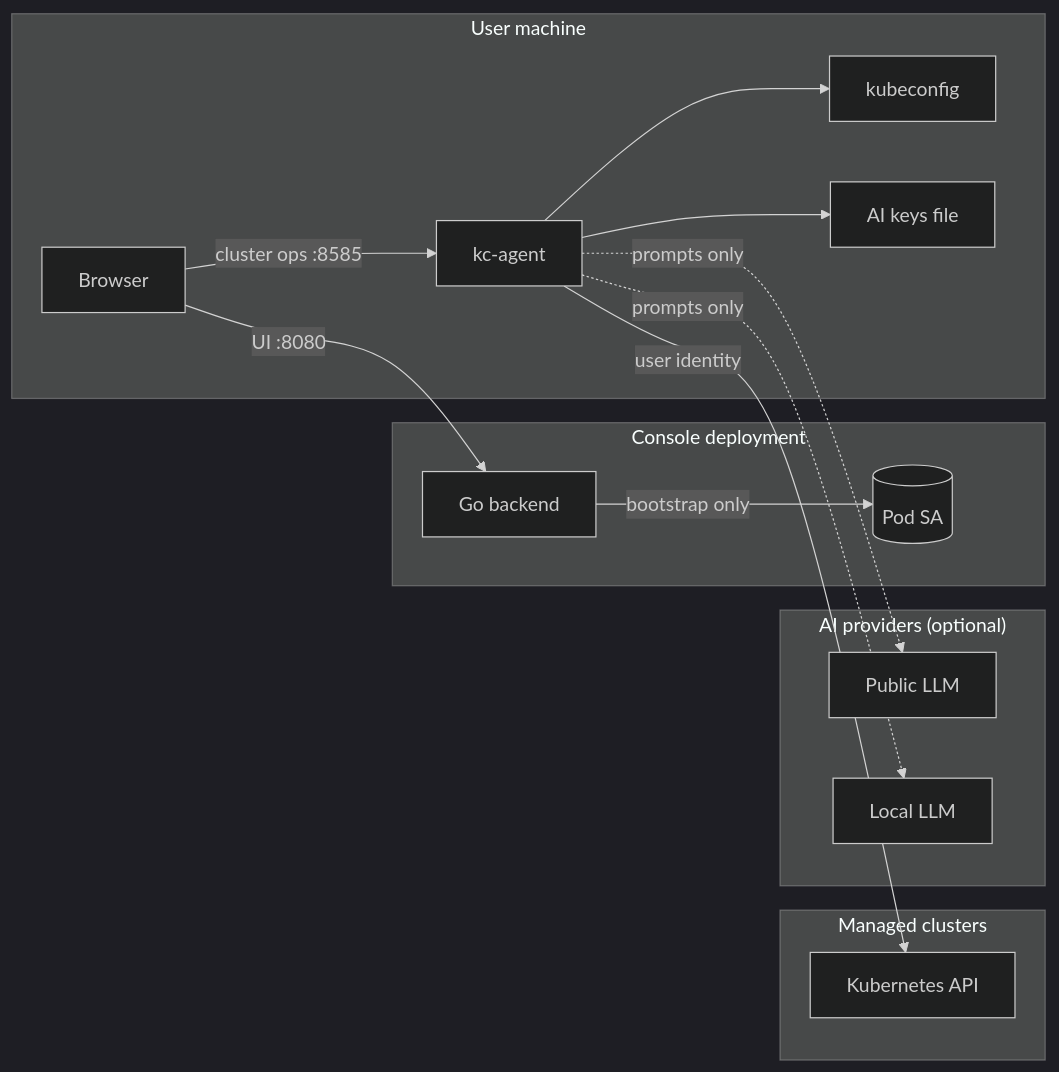
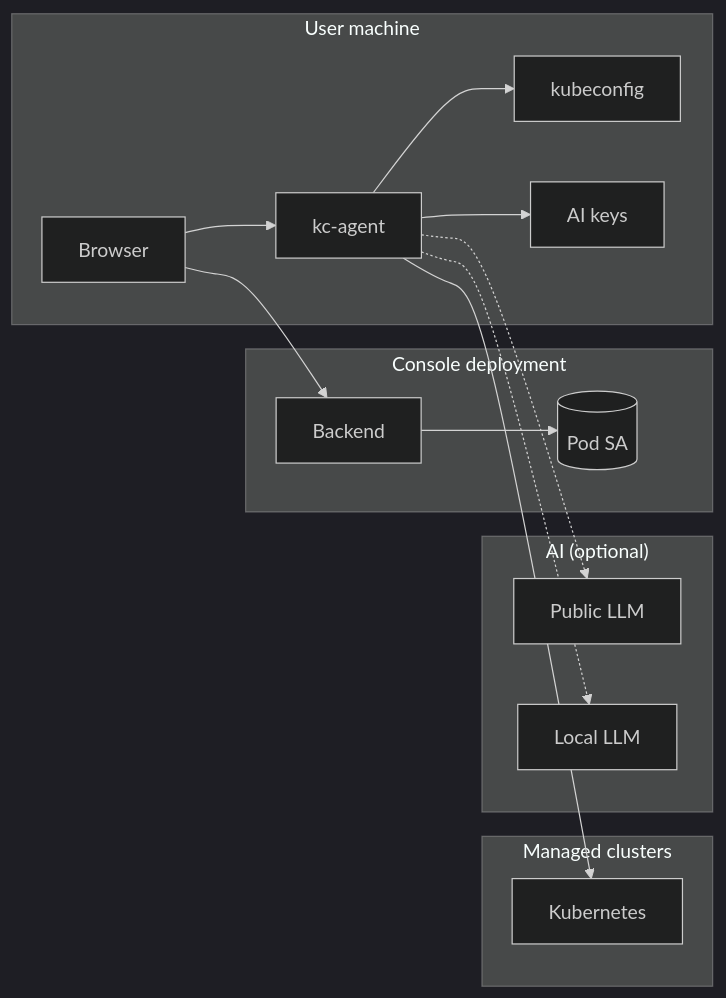
One commit to kubestellar/docs changed the first of 6 diagrams in docs/content/console/security-model.md. Above: the diagram before and after it, drawn with Mermaid (dark theme). The commit also changed other lines of this file, not shown here.

Commit message:
📖 docs(console): aggressively simplify mermaid labels for narrow renders

````diff
--- a/docs/content/console/security-model.md
+++ b/docs/content/console/security-model.md
@@ -29,32 +29,32 @@
 ```mermaid
 flowchart LR
     subgraph User["User machine"]
         B[Browser]
         KA[kc-agent]
         KC[kubeconfig]
-        CFG[AI keys file]
+        CFG[AI keys]
     end
 
     subgraph Console["Console deployment"]
-        GB[Go backend]
+        GB[Backend]
         POD[(Pod SA)]
     end
 
     subgraph Clusters["Managed clusters"]
-        K8S[Kubernetes API]
+        K8S[Kubernetes]
     end
 
-    subgraph AI["AI providers (optional)"]
+    subgraph AI["AI (optional)"]
         PUB[Public LLM]
         LOCAL[Local LLM]
     end
 
-    B -->|UI :8080| GB
-    B -->|cluster ops :8585| KA
+    B --> GB
+    B --> KA
     KA --> KC
     KA --> CFG
-    KA -->|user identity| K8S
-    KA -.->|prompts only| PUB
-    KA -.->|prompts only| LOCAL
-    GB -->|bootstrap only| POD
+    KA --> K8S
+    KA -.-> PUB
+    KA -.-> LOCAL
+    GB --> POD
 ```
````
